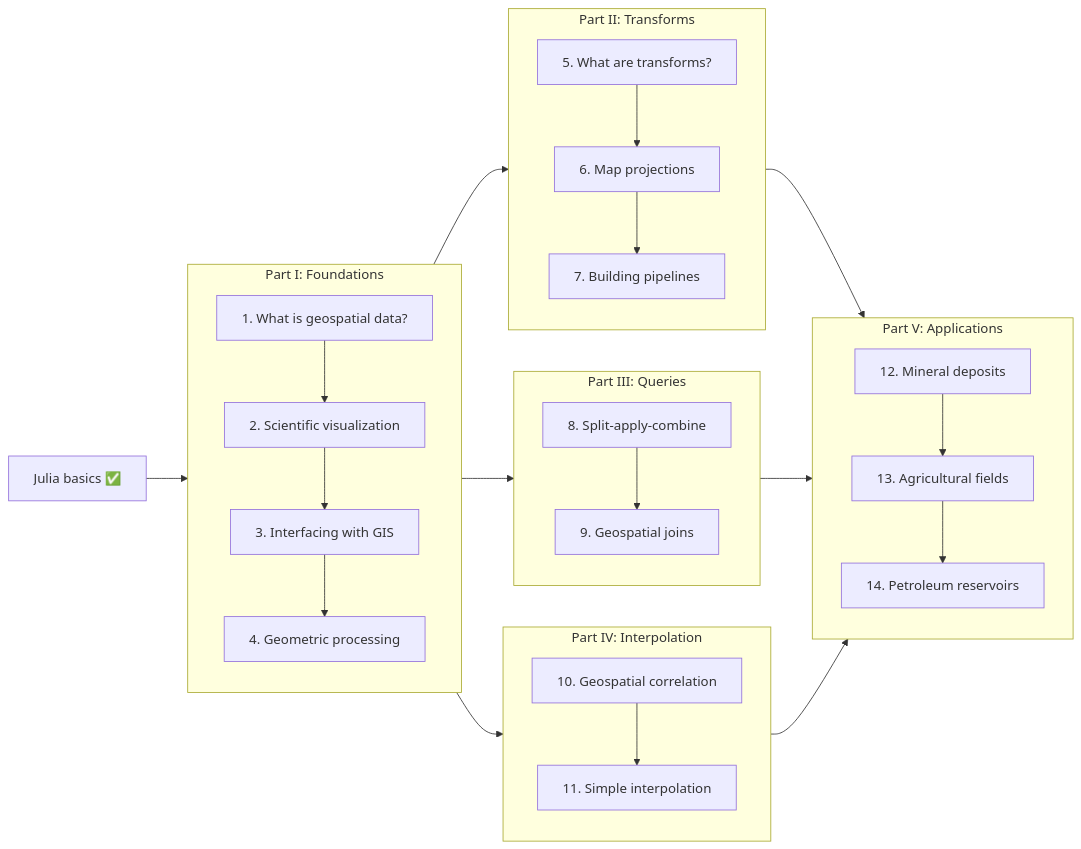
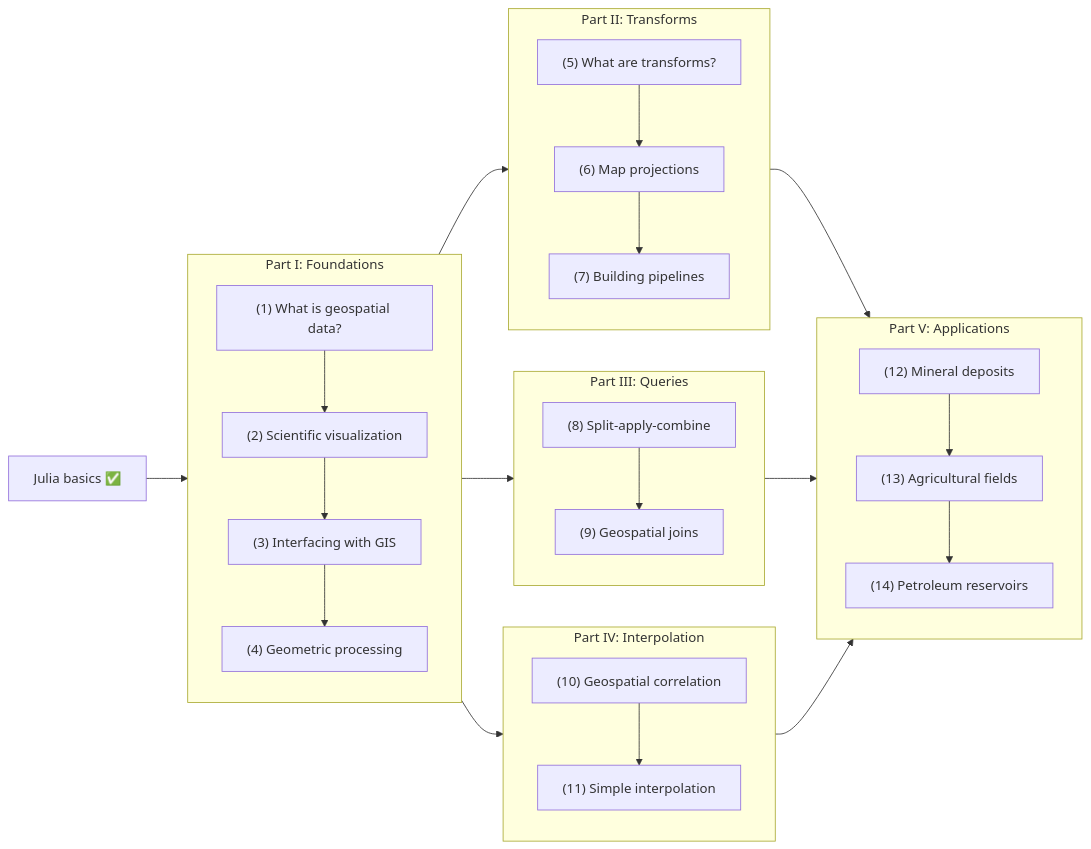
The diagram in preface.qmd (JuliaEarth/geospatial-data-science-with-julia), drawn with Mermaid before and after one commit. The commit also changed other lines of this file and 1 other file, not shown here.

Commit message:
Update environment

````diff
--- a/preface.qmd
+++ b/preface.qmd
@@ -51,43 +51,43 @@
 ```{mermaid}
 flowchart LR
   preread["Julia basics ✅"] --> partI
   subgraph partI["Part I: Foundations"]
-    chapter1["1. What is geospatial data?"]
-    chapter2["2. Scientific visualization"]
-    chapter3["3. Interfacing with GIS"]
-    chapter4["4. Geometric processing"]
+    chapter1["(1) What is geospatial data?"]
+    chapter2["(2) Scientific visualization"]
+    chapter3["(3) Interfacing with GIS"]
+    chapter4["(4) Geometric processing"]
     chapter1 --> chapter2
     chapter2 --> chapter3
     chapter3 --> chapter4
   end
   subgraph partII["Part II: Transforms"]
-    chapter5["5. What are transforms?"]
-    chapter6["6. Map projections"]
-    chapter7["7. Building pipelines"]
+    chapter5["(5) What are transforms?"]
+    chapter6["(6) Map projections"]
+    chapter7["(7) Building pipelines"]
     chapter5 --> chapter6
     chapter6 --> chapter7
   end
   subgraph partIII["Part III: Queries"]
-    chapter8["8. Split-apply-combine"]
-    chapter9["9. Geospatial joins"]
+    chapter8["(8) Split-apply-combine"]
+    chapter9["(9) Geospatial joins"]
     chapter8 --> chapter9
   end
   subgraph partIV["Part IV: Interpolation"]
-    chapter10["10. Geospatial correlation"]
-    chapter11["11. Simple interpolation"]
+    chapter10["(10) Geospatial correlation"]
+    chapter11["(11) Simple interpolation"]
     chapter10 --> chapter11
   end
   subgraph partV["Part V: Applications"]
-    chapter12["12. Mineral deposits"]
-    chapter13["13. Agricultural fields"]
-    chapter14["14. Petroleum reservoirs"]
+    chapter12["(12) Mineral deposits"]
+    chapter13["(13) Agricultural fields"]
+    chapter14["(14) Petroleum reservoirs"]
     chapter12 --> chapter13
     chapter13 --> chapter14
   end
   partI --> partII
   partI --> partIII
   partI --> partIV
   partII --> partV
   partIII --> partV
   partIV --> partV
 ```
````
